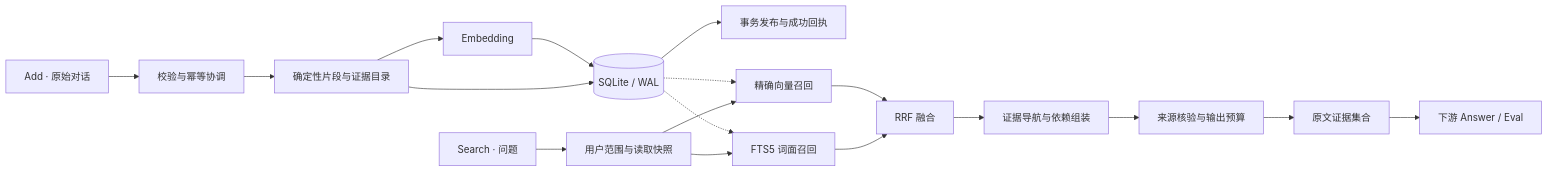
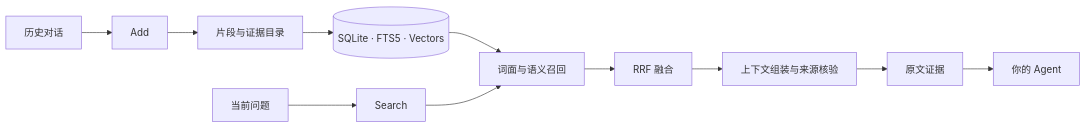
Before and after one commit to azhimiao/memprism: the diagram in README.md, drawn with Mermaid. The commit also changed other lines of this file and 2 other files, not shown here.

````diff
--- a/README.md
+++ b/README.md
@@ -44,21 +40,13 @@
 ```mermaid
 flowchart LR
-    A[Add · 原始对话] --> B[校验与幂等协调]
-    B --> C[确定性片段与证据目录]
-    C --> D[Embedding]
-    C --> S[(SQLite / WAL)]
-    D --> S
-    S --> P[事务发布与成功回执]
-
-    Q[Search · 问题] --> R[用户范围与读取快照]
-    R --> F[FTS5 词面召回]
-    R --> V[精确向量召回]
-    S -.-> F
-    S -.-> V
-    F --> M[RRF 融合]
-    V --> M
-    M --> E[证据导航与依赖组装]
-    E --> K[来源核验与输出预算]
-    K --> O[原文证据集合]
-    O --> L[下游 Answer / Eval]
+    A[历史对话] --> B[Add]
+    B --> C[片段与证据目录]
+    C --> D[(SQLite · FTS5 · Vectors)]
+    Q[当前问题] --> S[Search]
+    D --> H[词面与语义召回]
+    S --> H
+    H --> F[RRF 融合]
+    F --> E[上下文组装与来源核验]
+    E --> O[原文证据]
+    O --> L[你的 Agent]
 ```
````
